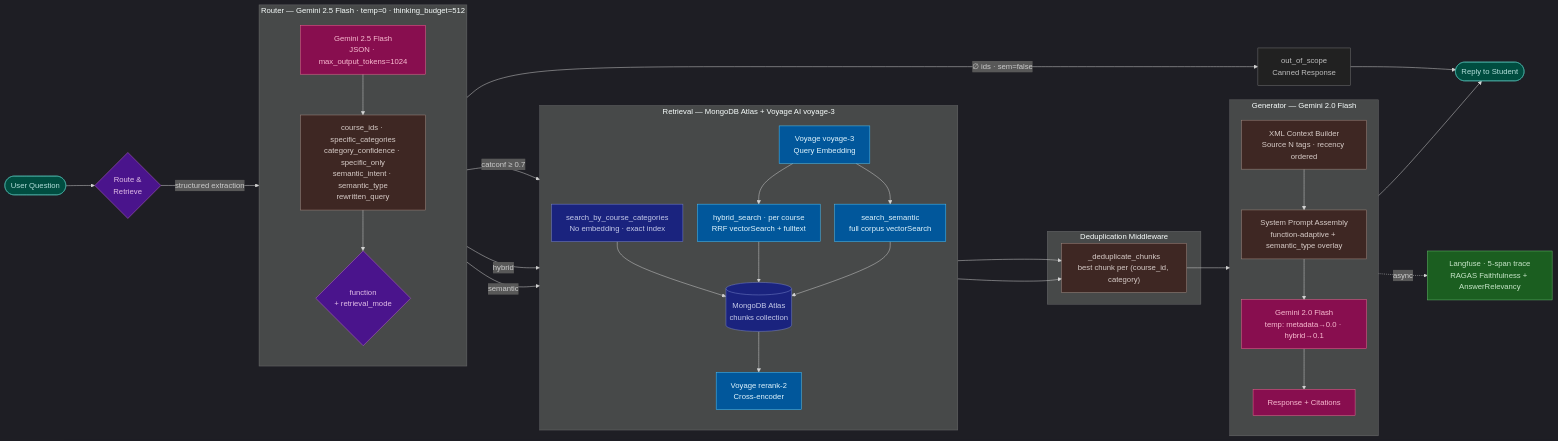
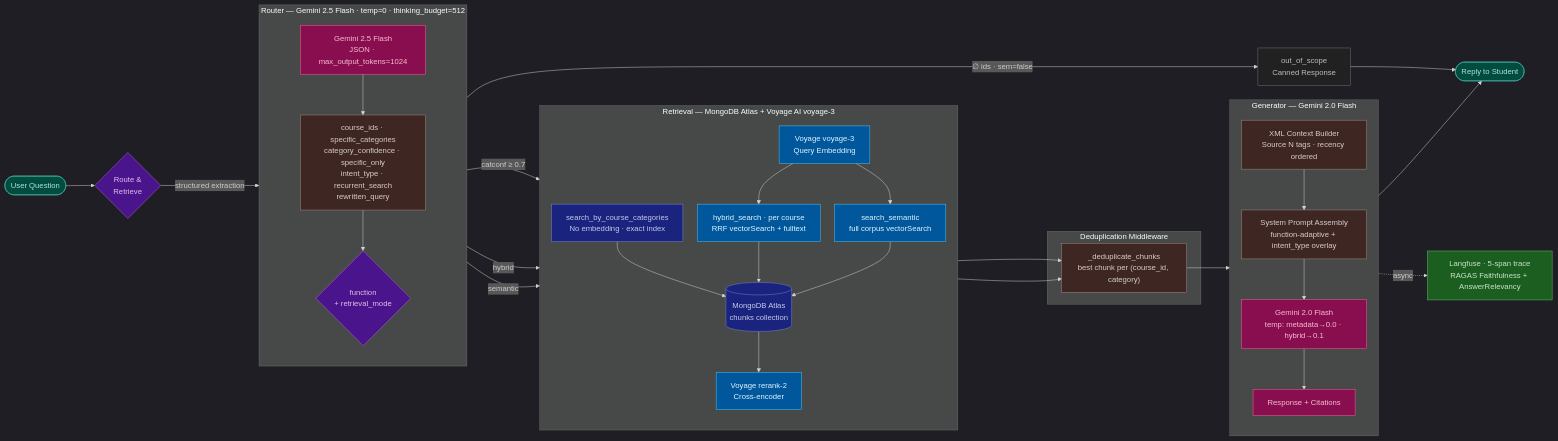
The second of 2 diagrams in README.md (zelunliu/tamubot), drawn with Mermaid before and after one commit. The commit also changed other lines of this file and 15 other files, not shown here.

First line of the commit message:
feat: deterministic cardinality recurrent pipeline + intent_type migration

````diff
--- a/README.md
+++ b/README.md
@@ -75,73 +75,73 @@
 ```mermaid
 %%{init: {'theme': 'dark', 'flowchart': {'nodeSpacing': 30, 'rankSpacing': 60}}}%%
 flowchart LR
     Q([User Question]) --> INVOKE{Route &\nRetrieve}
 
     subgraph ROUTER["Router — Gemini 2.5 Flash · temp=0 · thinking_budget=512"]
         direction TB
         LLM["Gemini 2.5 Flash<br/>JSON · max_output_tokens=1024"]
-        VARS["course_ids · specific_categories<br/>category_confidence · specific_only<br/>semantic_intent · semantic_type<br/>rewritten_query"]
+        VARS["course_ids · specific_categories<br/>category_confidence · specific_only<br/>intent_type · recurrent_search<br/>rewritten_query"]
         FN{"function\n+ retrieval_mode"}
         LLM --> VARS --> FN
     end
 
     subgraph RETRIEVAL["Retrieval — MongoDB Atlas + Voyage AI voyage-3"]
         direction TB
         META["search_by_course_categories<br/>No embedding · exact index"]
         EMB[Voyage voyage-3\nQuery Embedding]
         HYB["hybrid_search · per course<br/>RRF vectorSearch + fulltext"]
         SEM["search_semantic<br/>full corpus vectorSearch"]
         CHUNK[(MongoDB Atlas\nchunks collection)]
         RRK[Voyage rerank-2\nCross-encoder]
         META --> CHUNK
         EMB --> HYB --> CHUNK
         EMB --> SEM --> CHUNK
         CHUNK --> RRK
     end
 
     subgraph DEDUP_SUB["Deduplication Middleware"]
         DEDUP["_deduplicate_chunks<br/>best chunk per (course_id, category)"]
     end
 
     subgraph GENERATOR["Generator — Gemini 2.0 Flash"]
         direction TB
         CTX["XML Context Builder<br/>Source N tags · recency ordered"]
-        PROMPT["System Prompt Assembly<br/>function-adaptive + semantic_type overlay"]
+        PROMPT["System Prompt Assembly<br/>function-adaptive + intent_type overlay"]
         GEN["Gemini 2.0 Flash<br/>temp: metadata→0.0 · hybrid→0.1"]
         ANS[Response + Citations]
         CTX --> PROMPT --> GEN --> ANS
     end
 
     OOS[out_of_scope\nCanned Response]
     REPLY([Reply to Student])
     TRACE["Langfuse · 5-span trace<br/>RAGAS Faithfulness + AnswerRelevancy"]
 
     INVOKE -->|structured extraction| ROUTER
     FN -->|"∅ ids · sem=false"| OOS --> REPLY
     FN -->|"catconf ≥ 0.7"| META
     FN -->|hybrid| EMB
     FN -->|semantic| EMB
     META --> DEDUP
     RRK --> DEDUP
     DEDUP --> CTX
     ANS --> REPLY
     ANS -.->|async| TRACE
 
     classDef input    fill:#004D40,stroke:#4DB6AC,color:#B2DFDB
     classDef router   fill:#880E4F,stroke:#F06292,color:#F8BBD0
     classDef vars     fill:#3E2723,stroke:#A1887F,color:#D7CCC8
     classDef derive   fill:#4A148C,stroke:#BA68C8,color:#E1BEE7
     classDef canned   fill:#212121,stroke:#757575,color:#BDBDBD
     classDef voyage   fill:#01579B,stroke:#4FC3F7,color:#E1F5FE
     classDef mongo    fill:#1A237E,stroke:#7986CB,color:#C5CAE9
     classDef obs      fill:#1B5E20,stroke:#66BB6A,color:#C8E6C9
 
     class Q,REPLY input
     class LLM,GEN,ANS router
     class VARS,CTX,PROMPT,DEDUP vars
     class FN,INVOKE derive
     class OOS canned
     class EMB,HYB,SEM,RRK voyage
     class META,CHUNK mongo
     class TRACE obs
 ```
````
